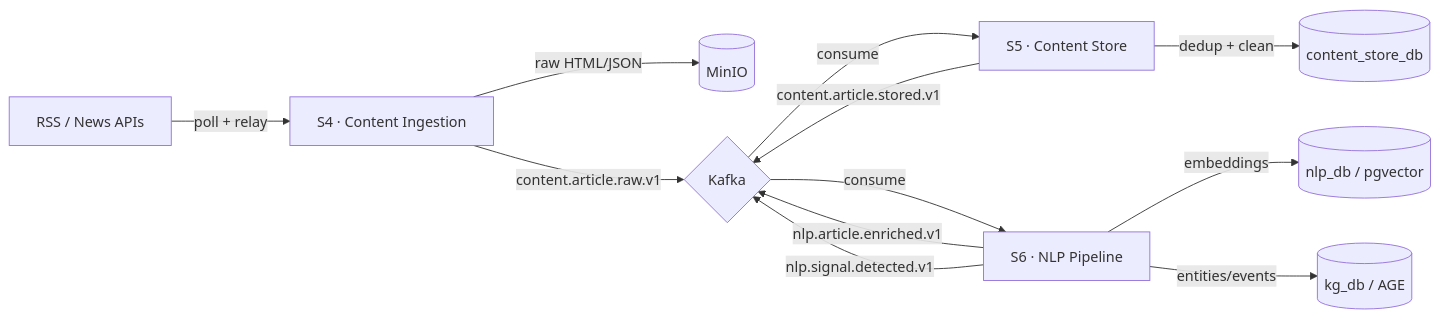
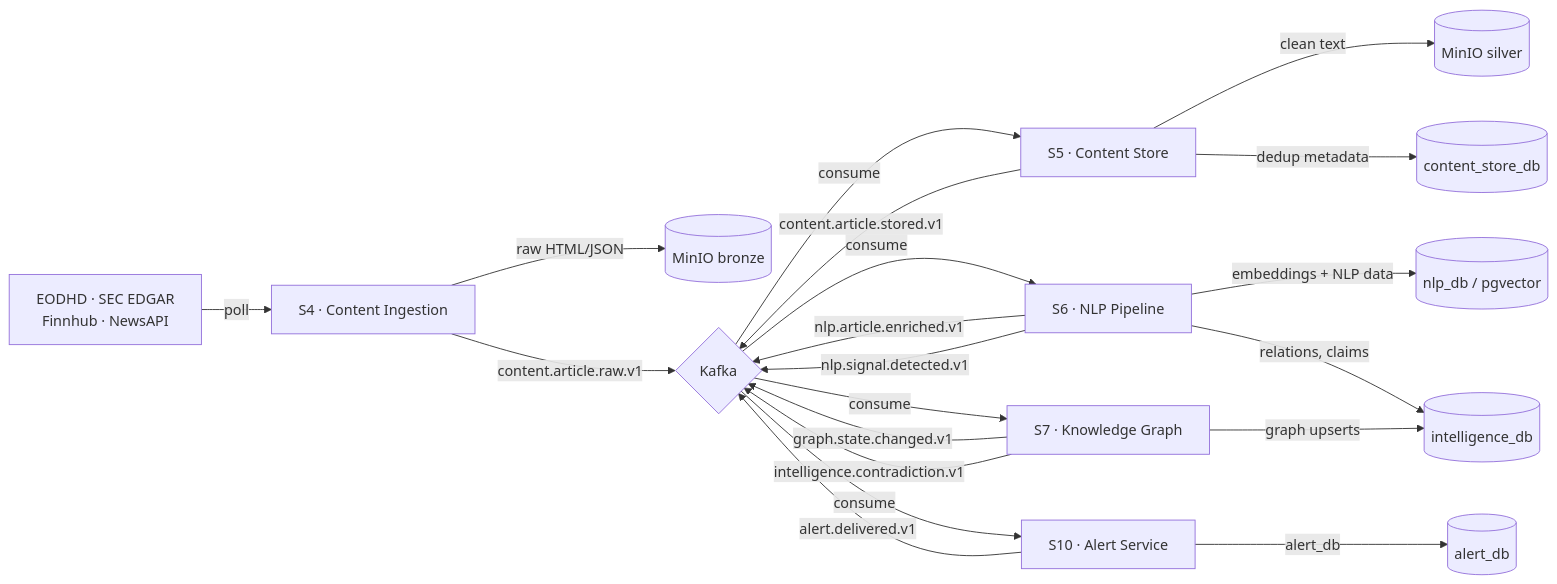
Before and after one commit to arnaurodondev/WorldView: the third of 4 diagrams in docs/MASTER_PLAN.md, drawn with Mermaid. The commit also changed other lines of this file and 31 other files, not shown here.

````diff
--- a/docs/MASTER_PLAN.md
+++ b/docs/MASTER_PLAN.md
@@ -169,14 +171,22 @@
 ```mermaid
 flowchart LR
-    RSS[RSS / News APIs] -->|poll + relay| S4[S4 · Content Ingestion]
-    S4 -->|raw HTML/JSON| MINIO[(MinIO)]
+    SRC["EODHD · SEC EDGAR<br/>Finnhub · NewsAPI"] -->|poll| S4[S4 · Content Ingestion]
+    S4 -->|raw HTML/JSON| MINIO[(MinIO bronze)]
     S4 -->|content.article.raw.v1| KAFKA{Kafka}
     KAFKA -->|consume| S5[S5 · Content Store]
-    S5 -->|dedup + clean| PG_CS[(content_store_db)]
+    S5 -->|clean text| MINIO2[(MinIO silver)]
+    S5 -->|dedup metadata| PG_CS[(content_store_db)]
     S5 -->|content.article.stored.v1| KAFKA
     KAFKA -->|consume| S6[S6 · NLP Pipeline]
-    S6 -->|embeddings| PG_VEC[(nlp_db / pgvector)]
-    S6 -->|entities/events| PG_KG[(kg_db / AGE)]
+    S6 -->|embeddings + NLP data| PG_NLP[(nlp_db / pgvector)]
+    S6 -->|relations, claims| PG_INT[(intelligence_db)]
     S6 -->|nlp.article.enriched.v1| KAFKA
     S6 -->|nlp.signal.detected.v1| KAFKA
+    KAFKA -->|consume| S7[S7 · Knowledge Graph]
+    S7 -->|graph upserts| PG_INT
+    S7 -->|graph.state.changed.v1| KAFKA
+    S7 -->|intelligence.contradiction.v1| KAFKA
+    KAFKA -->|consume| S10[S10 · Alert Service]
+    S10 -->|alert_db| PG_ALERT[(alert_db)]
+    S10 -->|alert.delivered.v1| KAFKA
 ```
````
